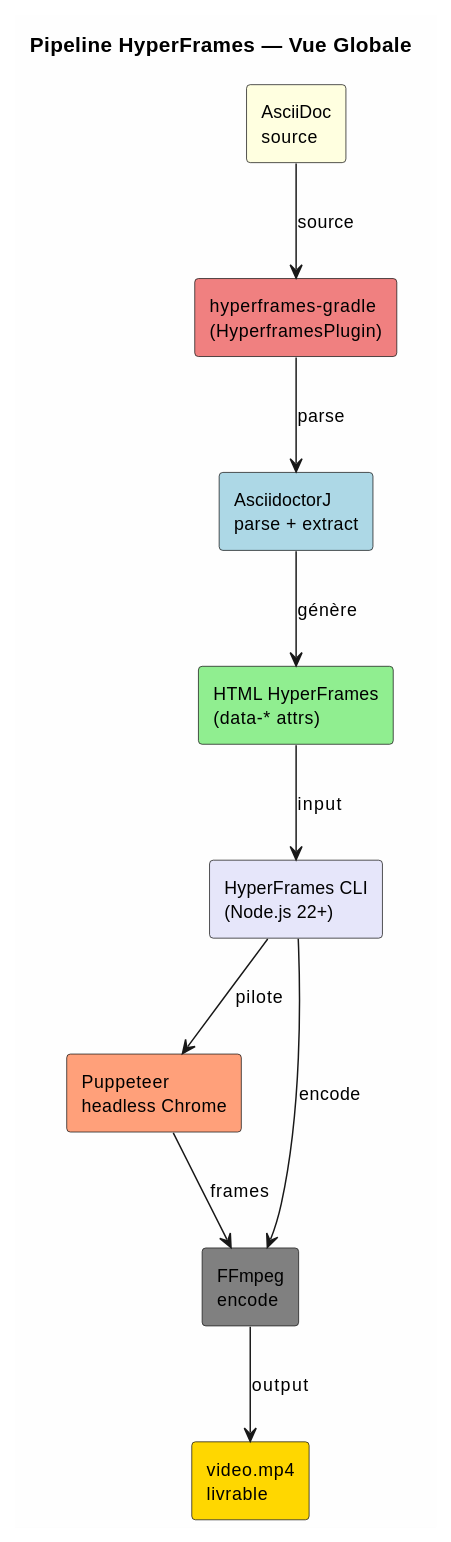
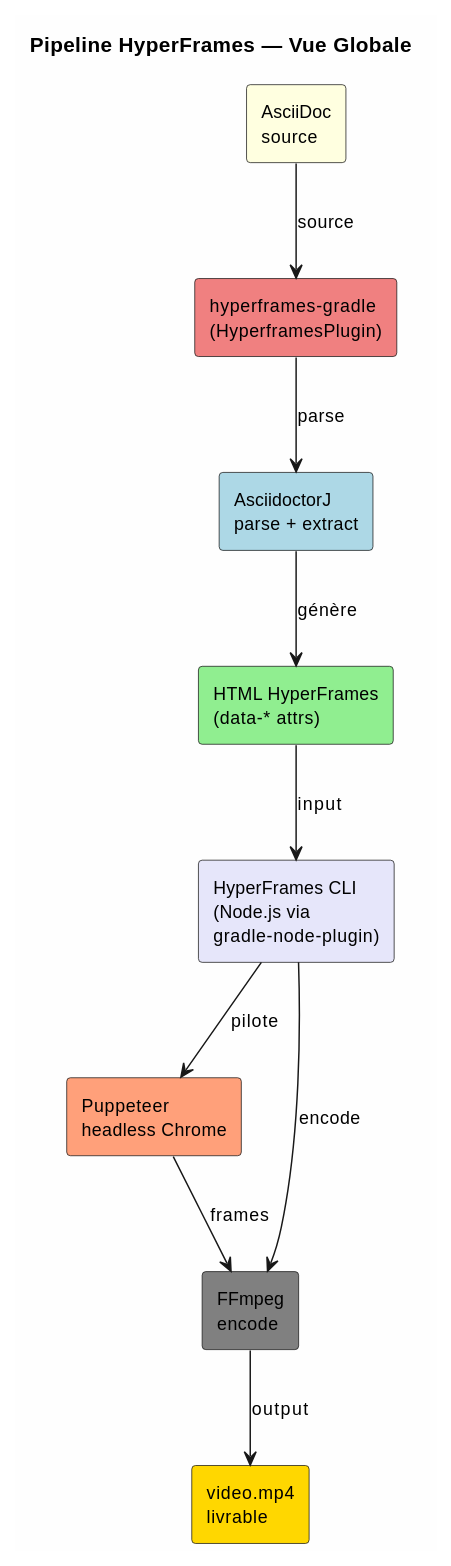
Before and after one commit to cccp-education/hyperframes-gradle: the first of 3 diagrams in hyperframes-plugin/doc/HYPERFRAMES_ARCHITECTURE.adoc, drawn with PlantUML. The commit also changed other lines of this file and 24 other files, not shown here.

First line of the commit message:
HF-1 Plugin Gradle stub + AsciidoctorJ intégration + document de pilotage HyperFrames

```diff
--- a/hyperframes-plugin/doc/HYPERFRAMES_ARCHITECTURE.adoc
+++ b/hyperframes-plugin/doc/HYPERFRAMES_ARCHITECTURE.adoc
@@ -60,27 +61,27 @@
 [plantuml,target="pipeline-global",format="svg"]
 ----
 @startuml
 skinparam backgroundColor #FEFEFE
 skinparam defaultFontSize 12
 
 title Pipeline HyperFrames — Vue Globale
 
 rectangle "AsciiDoc\nsource" as adoc #LightYellow
 rectangle "hyperframes-gradle\n(HyperframesPlugin)" as plugin #LightCoral
 rectangle "AsciidoctorJ\nparse + extract" as asciidoctorj #LightBlue
 rectangle "HTML HyperFrames\n(data-* attrs)" as html #LightGreen
-rectangle "HyperFrames CLI\n(Node.js 22+)" as cli #Lavender
+rectangle "HyperFrames CLI\n(Node.js via\ngradle-node-plugin)" as cli #Lavender
 rectangle "Puppeteer\nheadless Chrome" as puppeteer #LightSalmon
 rectangle "FFmpeg\nencode" as ffmpeg #Gray
 rectangle "video.mp4\nlivrable" as livrable #Gold
 
 adoc --> plugin : source
 plugin --> asciidoctorj : parse
 asciidoctorj --> html : génère
 html --> cli : input
 cli --> puppeteer : pilote
 cli --> ffmpeg : encode
 puppeteer --> ffmpeg : frames
 ffmpeg --> livrable : output
 @enduml
 ----
```
